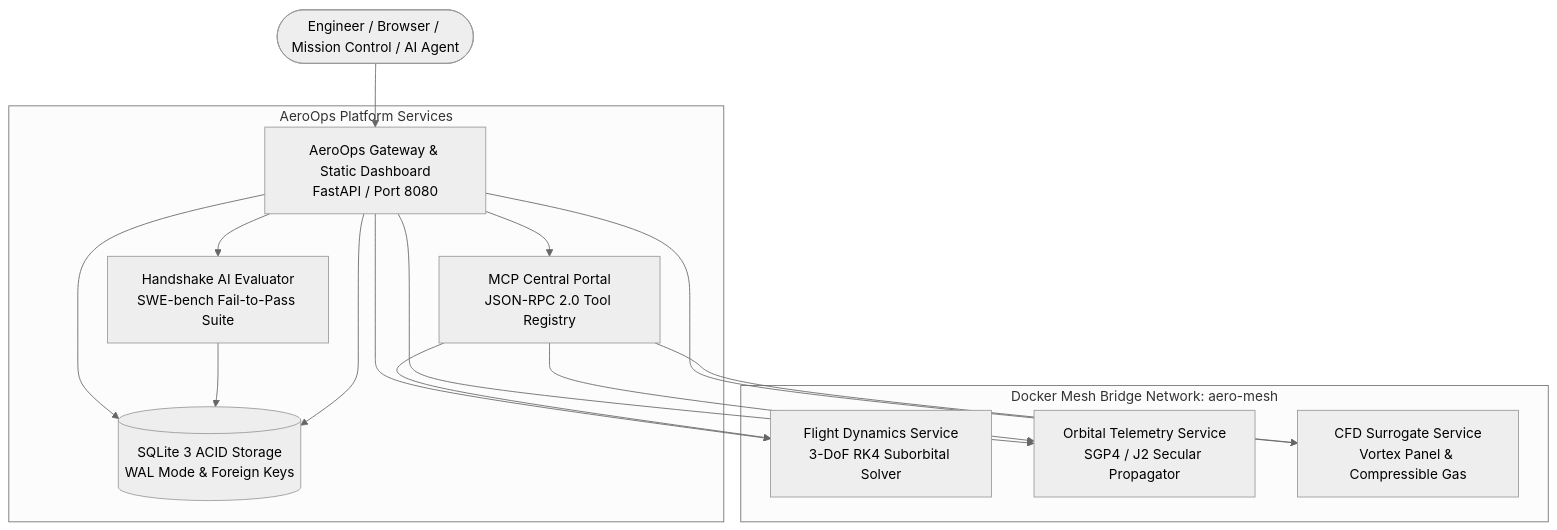
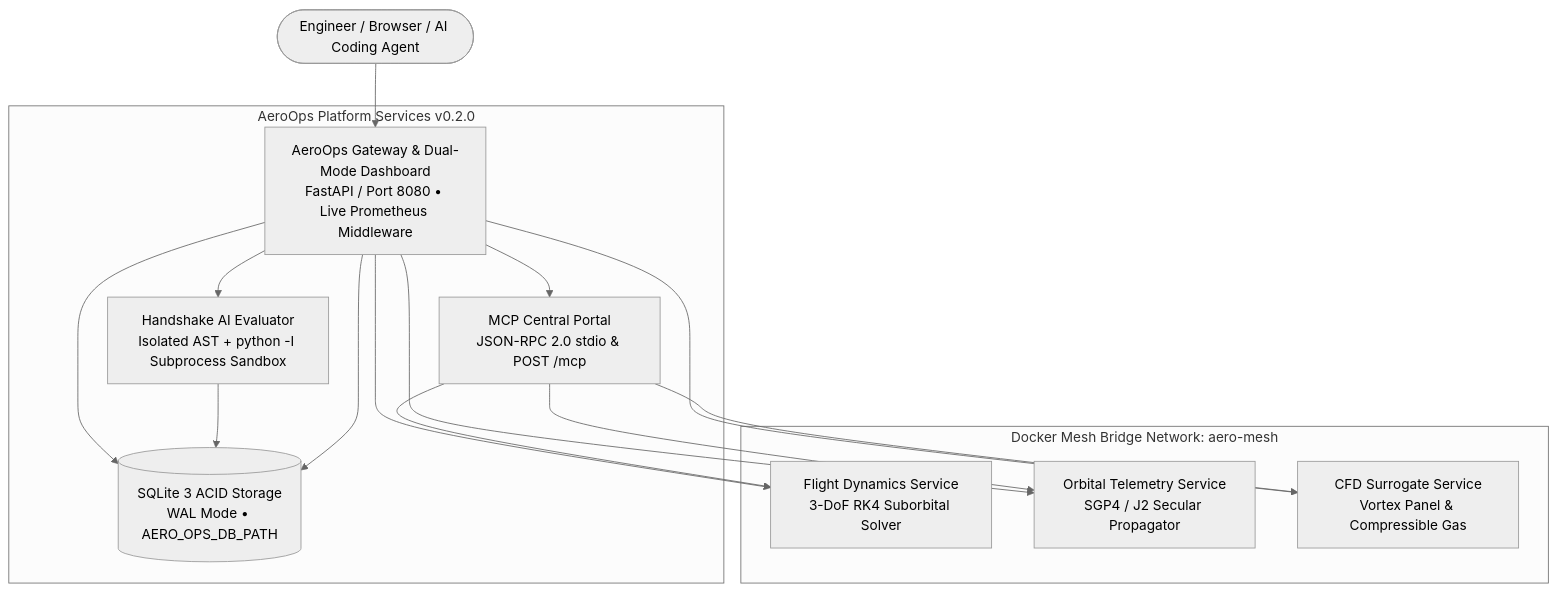
The diagram in README.md (perfectalone375/aerospace-ops-stack), drawn with Mermaid (neutral theme) before and after one commit. The commit also changed other lines of this file and 16 other files, not shown here.

Commit message:
feat(platform): isolated AST sandbox evaluator, JSON-RPC 2.0 MCP server, live metrics & GitHub Pages demo (#5)

````diff
--- a/README.md
+++ b/README.md
@@ -20,22 +23,22 @@
 ```mermaid
 flowchart TD
-    Client([Engineer / Browser / Mission Control / AI Agent]) --> Gateway[AeroOps Gateway & Static Dashboard<br/>FastAPI / Port 8080]
+    Client([Engineer / Browser / AI Coding Agent]) --> Gateway[AeroOps Gateway & Dual-Mode Dashboard<br/>FastAPI / Port 8080 • Live Prometheus Middleware]
 
-    subgraph CorePlatform[AeroOps Platform Services]
-        Gateway --> MCPPortal[MCP Central Portal<br/>JSON-RPC 2.0 Tool Registry]
-        Gateway --> HandshakeAI[Handshake AI Evaluator<br/>SWE-bench Fail-to-Pass Suite]
-        Gateway --> SQLiteDB[(SQLite 3 ACID Storage<br/>WAL Mode & Foreign Keys)]
+    subgraph CorePlatform[AeroOps Platform Services v0.2.0]
+        Gateway --> MCPPortal[MCP Central Portal<br/>JSON-RPC 2.0 stdio & POST /mcp]
+        Gateway --> HandshakeAI[Handshake AI Evaluator<br/>Isolated AST + python -I Subprocess Sandbox]
+        Gateway --> SQLiteDB[(SQLite 3 ACID Storage<br/>WAL Mode • AERO_OPS_DB_PATH)]
     end
 
     subgraph DockerMesh[Docker Mesh Bridge Network: aero-mesh]
         Gateway --> FlightEngine[Flight Dynamics Service<br/>3-DoF RK4 Suborbital Solver]
         Gateway --> OrbitEngine[Orbital Telemetry Service<br/>SGP4 / J2 Secular Propagator]
         Gateway --> CFDEngine[CFD Surrogate Service<br/>Vortex Panel & Compressible Gas]
     end
 
     MCPPortal --> FlightEngine
     MCPPortal --> OrbitEngine
     MCPPortal --> CFDEngine
     HandshakeAI --> SQLiteDB
     Gateway --> SQLiteDB
 ```
````
